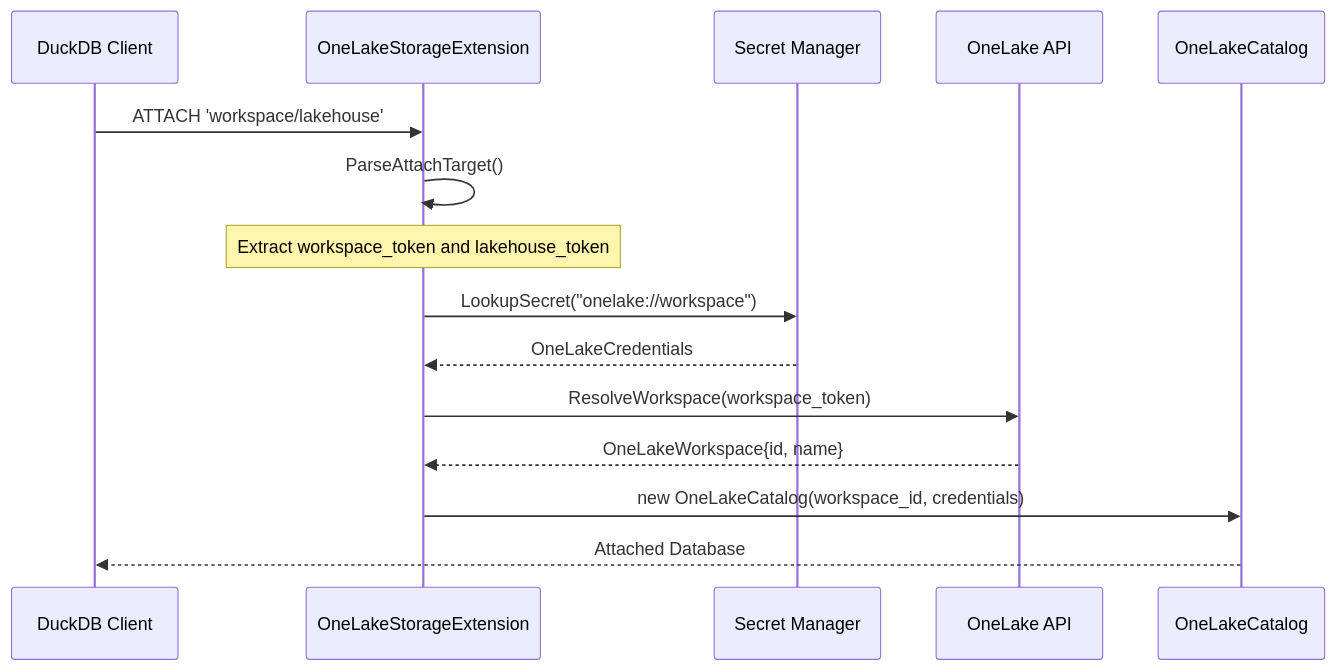
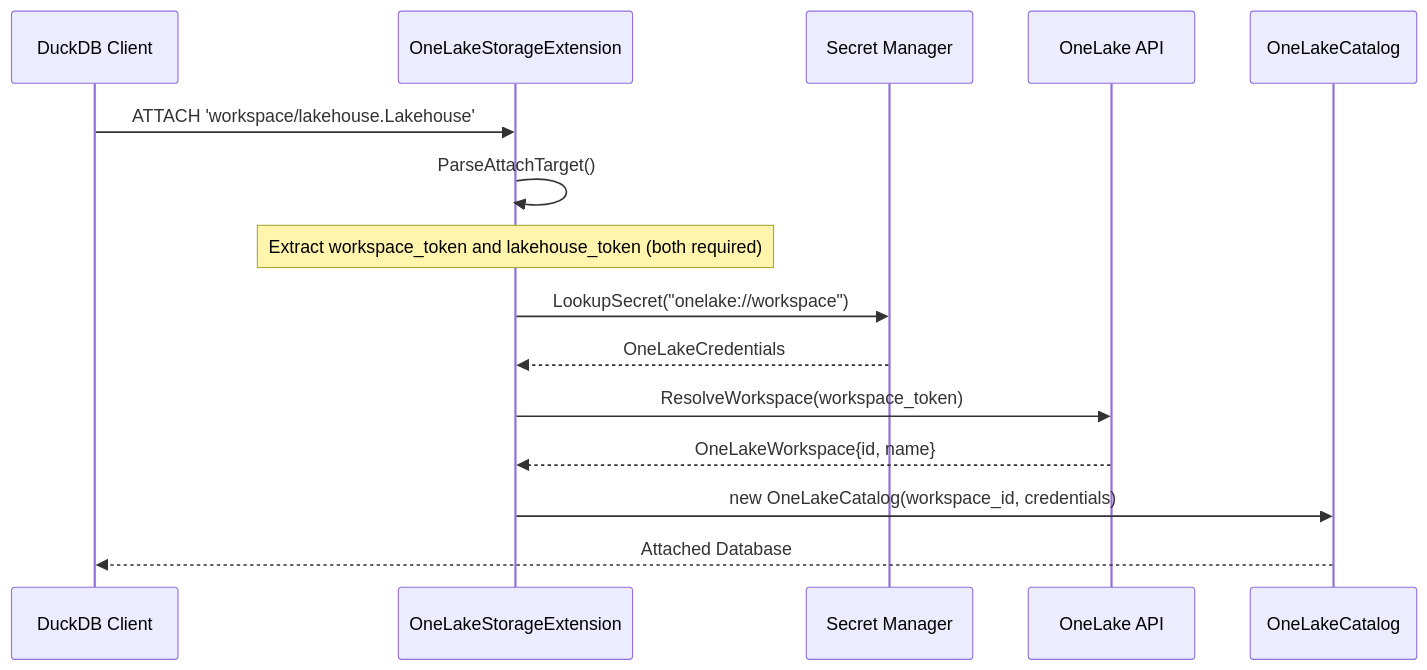
Before and after one commit to datumnova/duckdb_onelake: the fourth of 10 diagrams in DOCUMENTATION.md, drawn with Mermaid. The commit also changed other lines of this file and 6 other files, not shown here.

Commit message:
Enhance OneLake extension: Update attach lofic, update documentation and implement schema handling for lakehouses

````diff
--- a/DOCUMENTATION.md
+++ b/DOCUMENTATION.md
@@ -252,22 +242,22 @@
 ```mermaid
 sequenceDiagram
     participant Client as DuckDB Client
     participant Storage as OneLakeStorageExtension
     participant SecretMgr as Secret Manager
     participant API as OneLake API
     participant Catalog as OneLakeCatalog
     
-    Client->>Storage: ATTACH 'workspace/lakehouse'
+    Client->>Storage: ATTACH 'workspace/lakehouse.Lakehouse'
     Storage->>Storage: ParseAttachTarget()
     
-    Note over Storage: Extract workspace_token and lakehouse_token
+    Note over Storage: Extract workspace_token and lakehouse_token (both required)
     
     Storage->>SecretMgr: LookupSecret("onelake://workspace")
     SecretMgr-->>Storage: OneLakeCredentials
     
     Storage->>API: ResolveWorkspace(workspace_token)
     API-->>Storage: OneLakeWorkspace{id, name}
     
     Storage->>Catalog: new OneLakeCatalog(workspace_id, credentials)
     Catalog-->>Client: Attached Database
 ```
````
